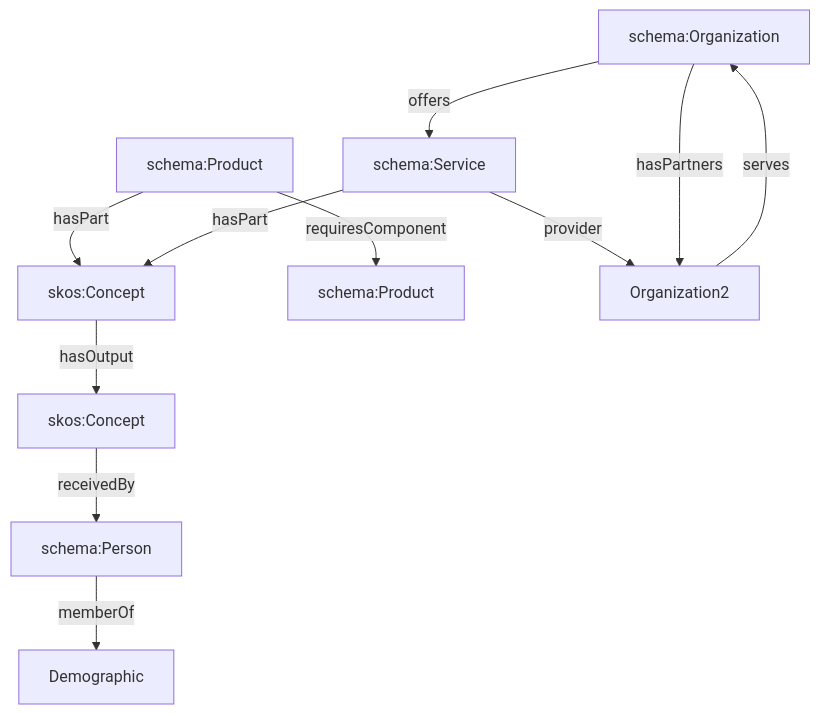
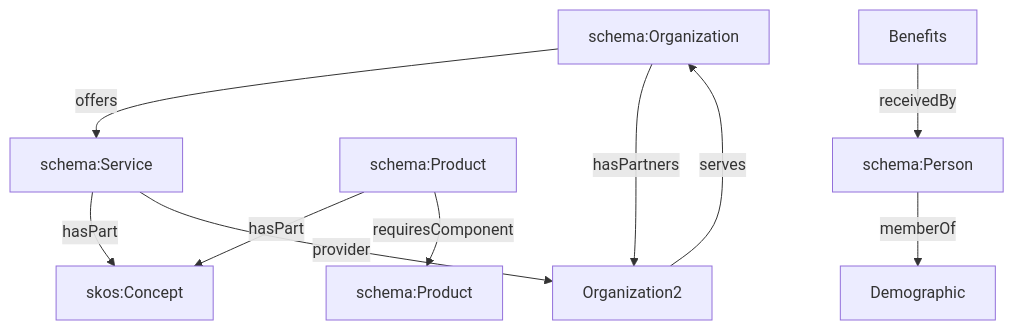
Before and after one commit to fact-claims/fact.claims: the diagram in www/content/paper/index.md, drawn with Mermaid.

````diff
--- a/www/content/paper/index.md
+++ b/www/content/paper/index.md
@@ -78,13 +78,12 @@
 ```mermaid
 graph TB;
   Organization["schema:Organization"] -->|offers| Services["schema:Service"]
   Products["schema:Product"] -->|hasPart| Features["skos:Concept"]
   Services -->|hasPart| Features
   Products -->|requiresComponent| SupplyChain["schema:Product"]
   Services -->|provider| Organization2
-  Features -->|hasOutput| Benefits["skos:Concept"]
   Benefits -->|receivedBy| Customer["schema:Person"]
   Organization -->|hasPartners| Organization2
   Organization2 -->|serves| Organization["schema:Organization"]
   Customer -->|memberOf| Demographic
 ```
````
